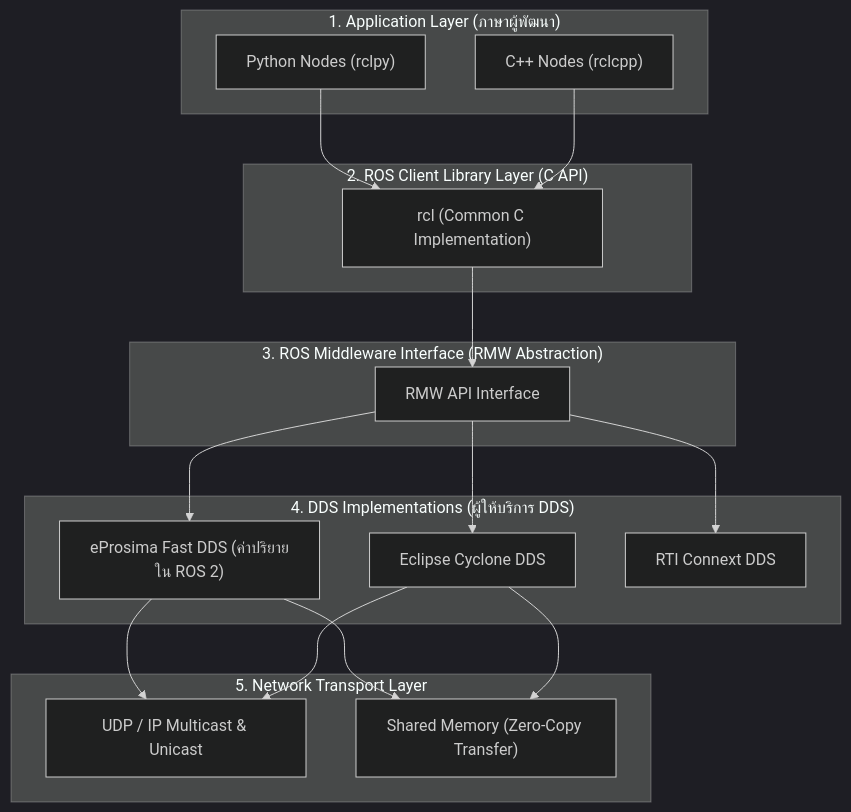
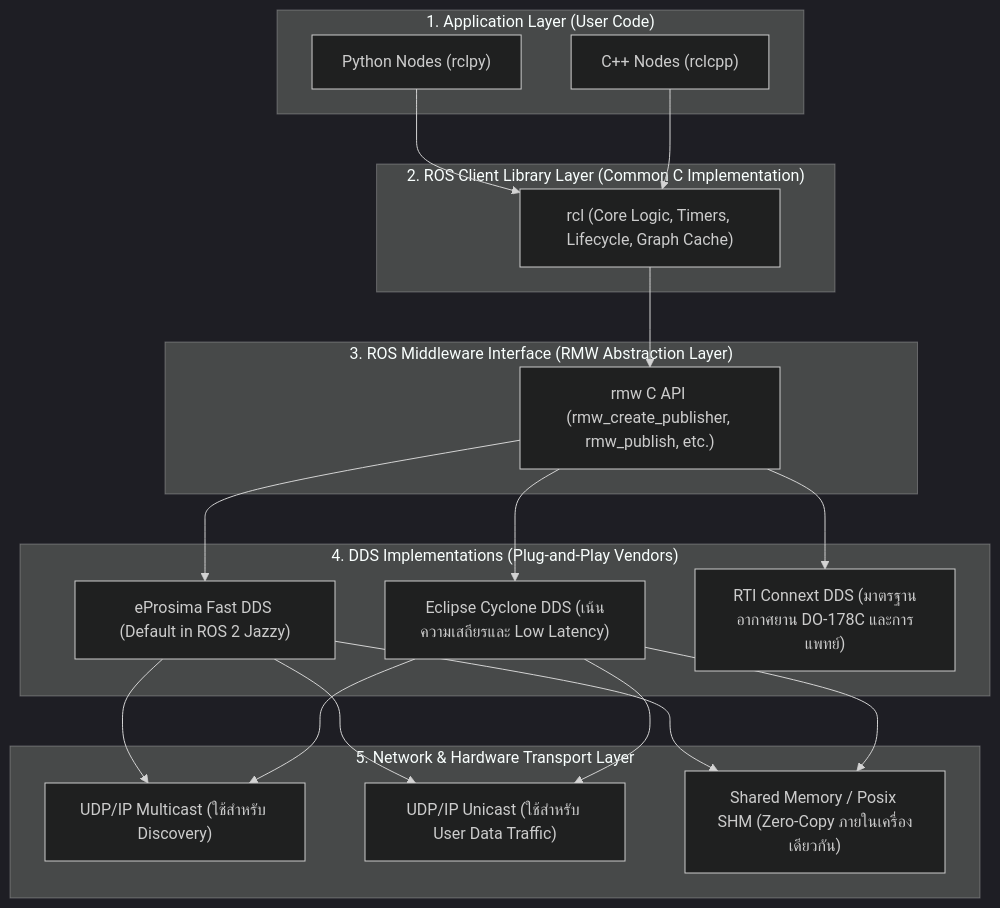
The first of 3 diagrams in Essential_ROS/Week_01_Environment_DDS/Readme.md (alfaXphoori/ros2), drawn with Mermaid (dark theme) before and after one commit. The commit also changed other lines of this file and 15 other files, not shown here.

````diff
--- a/Essential_ROS/Week_01_Environment_DDS/Readme.md
+++ b/Essential_ROS/Week_01_Environment_DDS/Readme.md
@@ -36,37 +42,40 @@
 ```mermaid
 flowchart TD
-    subgraph AppLayer ["1. Application Layer (ภาษาผู้พัฒนา)"]
+    subgraph AppLayer ["1. Application Layer (User Code)"]
         PyNode["Python Nodes (rclpy)"]
         CppNode["C++ Nodes (rclcpp)"]
     end
 
-    subgraph RCLLayer ["2. ROS Client Library Layer (C API)"]
-        RCL["rcl (Common C Implementation)"]
+    subgraph RCLLayer ["2. ROS Client Library Layer (Common C Implementation)"]
+        RCL["rcl (Core Logic, Timers, Lifecycle, Graph Cache)"]
     end
 
-    subgraph RMWLayer ["3. ROS Middleware Interface (RMW Abstraction)"]
-        RMW["RMW API Interface"]
+    subgraph RMWLayer ["3. ROS Middleware Interface (RMW Abstraction Layer)"]
+        RMW["rmw C API (rmw_create_publisher, rmw_publish, etc.)"]
     end
 
-    subgraph DDSVendors ["4. DDS Implementations (ผู้ให้บริการ DDS)"]
-        FastDDS["eProsima Fast DDS (ค่าปริยายใน ROS 2)"]
-        CycloneDDS["Eclipse Cyclone DDS"]
-        Connext["RTI Connext DDS"]
+    subgraph DDSLayer ["4. DDS Implementations (Plug-and-Play Vendors)"]
+        FastDDS["eProsima Fast DDS (Default in ROS 2 Jazzy)"]
+        Cyclone["Eclipse Cyclone DDS (เน้นความเสถียรและ Low Latency)"]
+        Connext["RTI Connext DDS (มาตรฐานอากาศยาน DO-178C และการแพทย์)"]
     end
 
-    subgraph Transport ["5. Network Transport Layer"]
-        UDP["UDP / IP Multicast & Unicast"]
-        SharedMem["Shared Memory (Zero-Copy Transfer)"]
+    subgraph TransportLayer ["5. Network & Hardware Transport Layer"]
+        UDPMC["UDP/IP Multicast (ใช้สำหรับ Discovery)"]
+        UDPUni["UDP/IP Unicast (ใช้สำหรับ User Data Traffic)"]
+        SHM["Shared Memory / Posix SHM (Zero-Copy ภายในเครื่องเดียวกัน)"]
     end
 
     PyNode --> RCL
     CppNode --> RCL
     RCL --> RMW
     RMW --> FastDDS
-    RMW --> CycloneDDS
+    RMW --> Cyclone
     RMW --> Connext
-    FastDDS --> UDP
-    FastDDS --> SharedMem
-    CycloneDDS --> UDP
-    CycloneDDS --> SharedMem
+    FastDDS --> UDPMC
+    FastDDS --> UDPUni
+    FastDDS --> SHM
+    Cyclone --> UDPMC
+    Cyclone --> UDPUni
+    Cyclone --> SHM
 ```
````
